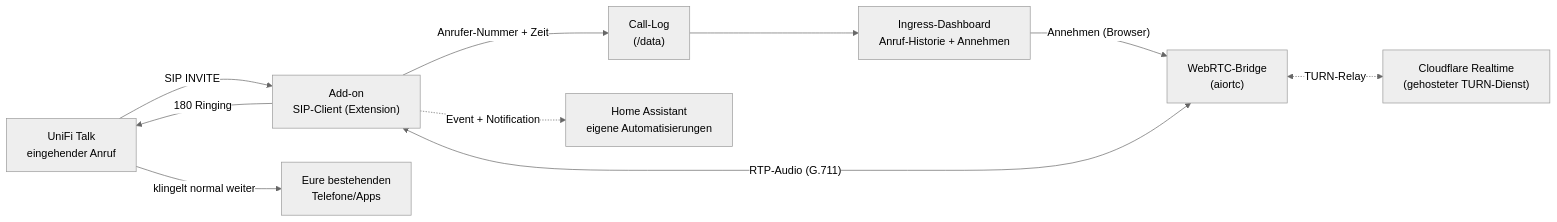
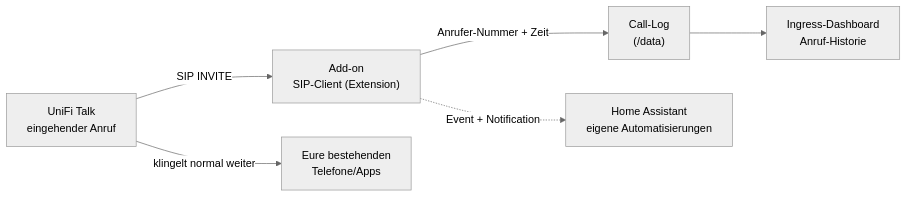
One commit to martin141089/unifi-talk-softphone changed the diagram in README.md. Above: the diagram before and after it, drawn with Mermaid (neutral theme). The commit also changed other lines of this file and 6 other files, not shown here.

````diff
--- a/README.md
+++ b/README.md
@@ -15,12 +15,8 @@
 ```mermaid
 flowchart LR
     A["UniFi Talk<br/>eingehender Anruf"] -->|"SIP INVITE"| B["Add-on<br/>SIP-Client (Extension)"]
-    B -->|"180 Ringing"| A
     A -->|"klingelt normal weiter"| C["Eure bestehenden<br/>Telefone/Apps"]
     B -->|"Anrufer-Nummer + Zeit"| D["Call-Log<br/>(/data)"]
-    D --> E["Ingress-Dashboard<br/>Anruf-Historie + Annehmen"]
-    E -->|"Annehmen (Browser)"| F["WebRTC-Bridge<br/>(aiortc)"]
-    F <-.->|"TURN-Relay"| H["Cloudflare Realtime<br/>(gehosteter TURN-Dienst)"]
-    F <-->|"RTP-Audio (G.711)"| B
+    D --> E["Ingress-Dashboard<br/>Anruf-Historie"]
     B -.->|"Event + Notification"| G["Home Assistant<br/>eigene Automatisierungen"]
 ```
````
